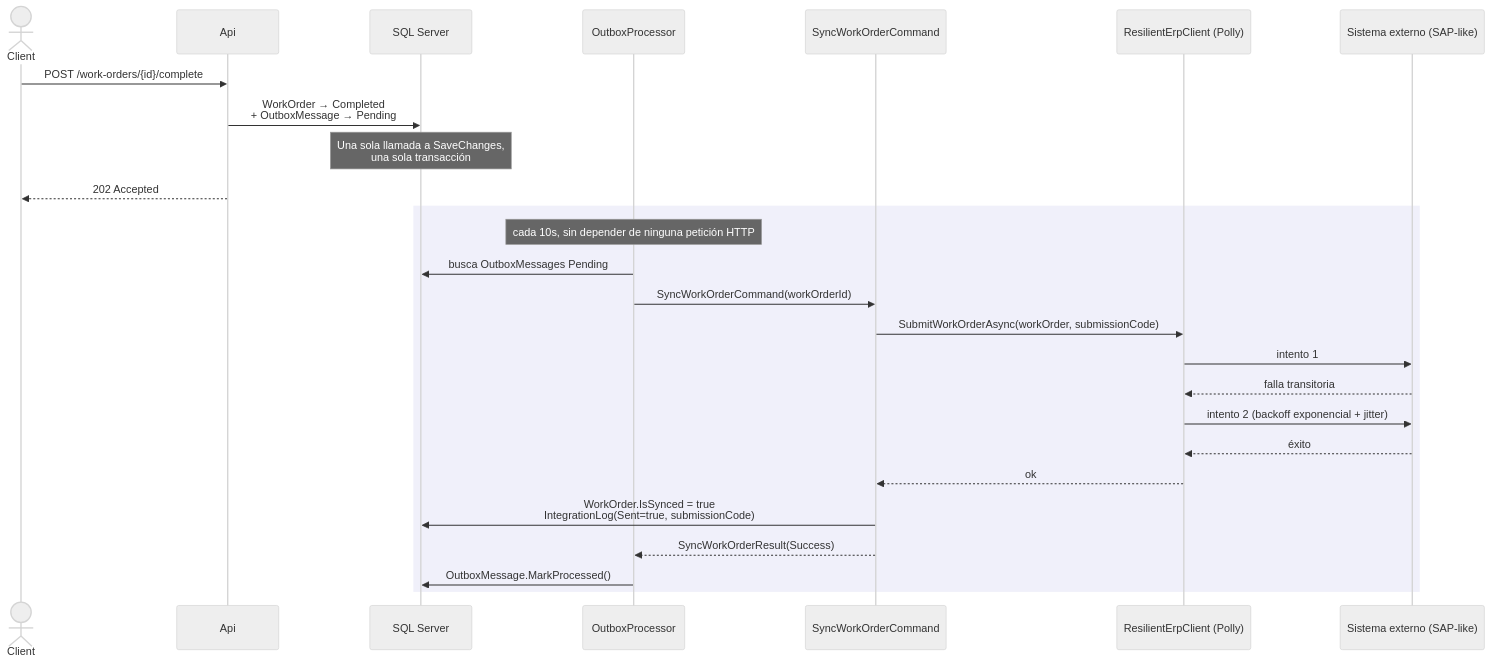
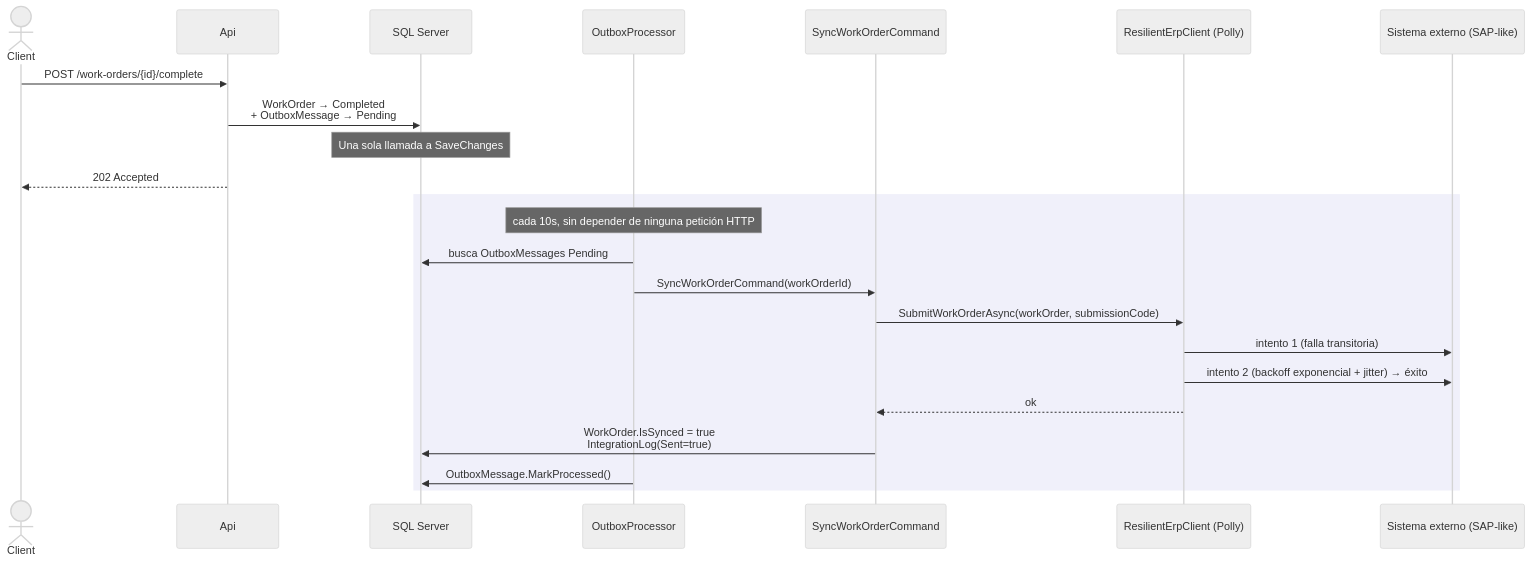
The second of 2 diagrams in README.md (aftovar123/AssetSync), drawn with Mermaid (neutral theme) before and after one commit. The commit also changed other lines of this file and 9 other files, not shown here.

````diff
--- a/README.md
+++ b/README.md
@@ -85,30 +59,27 @@
 ```mermaid
 sequenceDiagram
     actor Client
     participant Api
     participant DB as SQL Server
     participant Processor as OutboxProcessor
     participant Sync as SyncWorkOrderCommand
     participant Erp as ResilientErpClient (Polly)
     participant Ext as Sistema externo (SAP-like)
 
     Client->>Api: POST /work-orders/{id}/complete
     Api->>DB: WorkOrder → Completed<br/>+ OutboxMessage → Pending
-    Note over DB: Una sola llamada a SaveChanges,<br/>una sola transacción
+    Note over DB: Una sola llamada a SaveChanges
     Api-->>Client: 202 Accepted
 
     rect rgb(240, 240, 250)
     Note over Processor: cada 10s, sin depender de ninguna petición HTTP
     Processor->>DB: busca OutboxMessages Pending
     Processor->>Sync: SyncWorkOrderCommand(workOrderId)
     Sync->>Erp: SubmitWorkOrderAsync(workOrder, submissionCode)
-    Erp->>Ext: intento 1
-    Ext-->>Erp: falla transitoria
-    Erp->>Ext: intento 2 (backoff exponencial + jitter)
-    Ext-->>Erp: éxito
+    Erp->>Ext: intento 1 (falla transitoria)
+    Erp->>Ext: intento 2 (backoff exponencial + jitter) → éxito
     Erp-->>Sync: ok
-    Sync->>DB: WorkOrder.IsSynced = true<br/>IntegrationLog(Sent=true, submissionCode)
-    Sync-->>Processor: SyncWorkOrderResult(Success)
+    Sync->>DB: WorkOrder.IsSynced = true<br/>IntegrationLog(Sent=true)
     Processor->>DB: OutboxMessage.MarkProcessed()
     end
 ```
````
